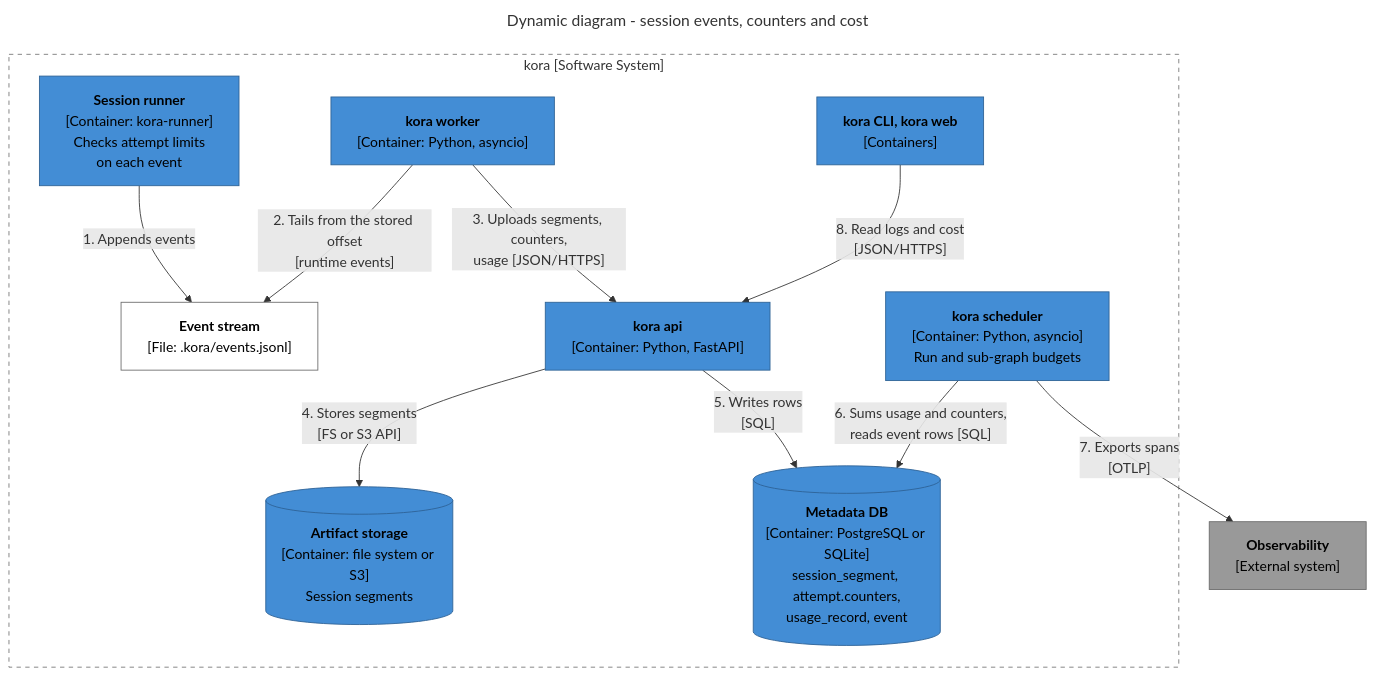
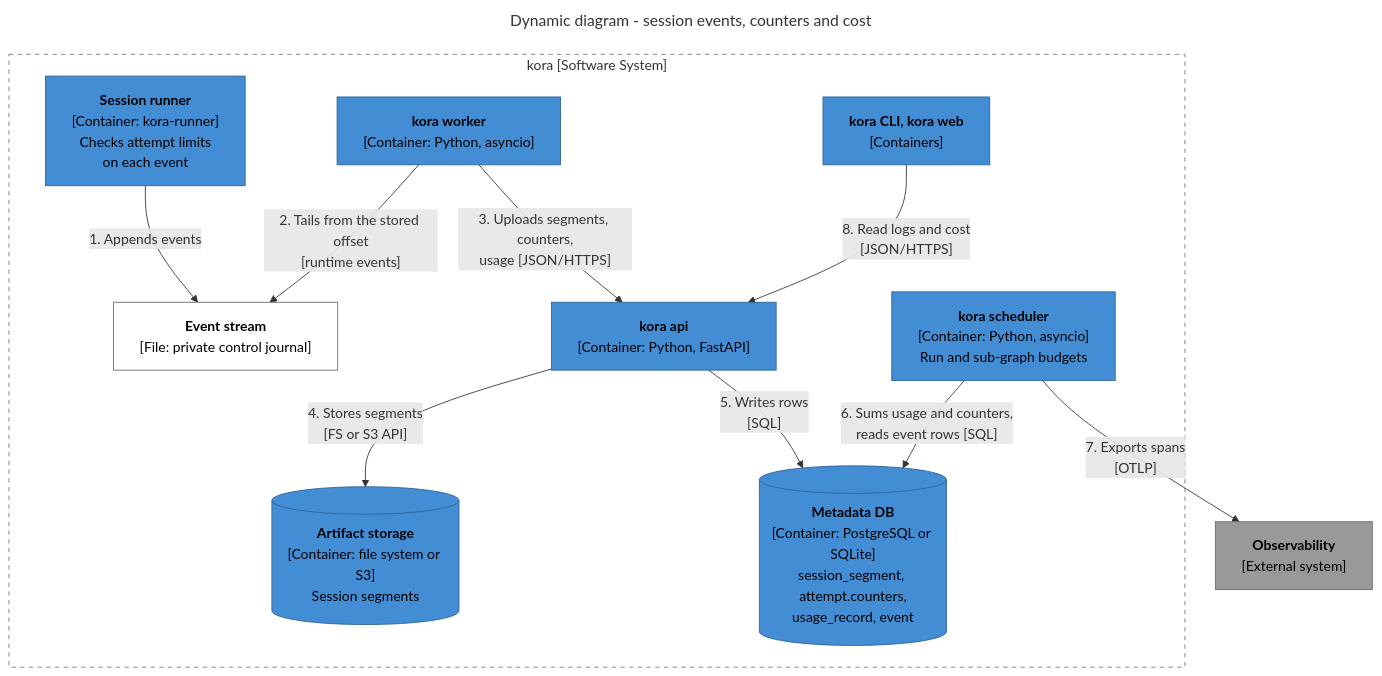
Diagram 18 of 24 in knowledge/architecture/internals.md (klukashka/kora), drawn with Mermaid before and after one commit. The commit also changed other lines of this file and 23 other files, not shown here.

````diff
--- a/knowledge/architecture/internals.md
+++ b/knowledge/architecture/internals.md
@@ -995,34 +1004,34 @@
 ```mermaid
 ---
 title: Dynamic diagram - session events, counters and cost
 ---
 flowchart TB
   accTitle: Dynamic diagram of session events, counters and cost
   accDescr: One, the session runner appends events to the event file and checks the attempt's limits on each. Two, the worker tails the file from the stored offset. Three, it uploads segments, counters and usage to kora api. Four, the API stores segment payloads in artifact storage. Five, it writes segment indexes, counters, usage records and event rows to the Metadata DB. Six, the scheduler sums usage and counters for run and sub-graph budgets and reads event rows. Seven, it exports spans. Eight, the CLI and the console read logs and cost through the API.
   classDef container fill:#438DD5,stroke:#2E6295,color:#000000
   classDef ext fill:#999999,stroke:#6B6B6B,color:#000000
   classDef file fill:#FFFFFF,stroke:#6B6B6B,color:#000000
 
   subgraph kora ["kora [Software System]"]
     runner["<b>Session runner</b><br/>[Container: kora-runner]<br/>Checks attempt limits<br/>on each event"]:::container
-    file["<b>Event stream</b><br/>[File: .kora/events.jsonl]"]:::file
+    file["<b>Event stream</b><br/>[File: private control journal]"]:::file
     worker["<b>kora worker</b><br/>[Container: Python, asyncio]"]:::container
     api["<b>kora api</b><br/>[Container: Python, FastAPI]"]:::container
     db[("<b>Metadata DB</b><br/>[Container: PostgreSQL or SQLite]<br/>session_segment, attempt.counters,<br/>usage_record, event")]:::container
     blobs[("<b>Artifact storage</b><br/>[Container: file system or S3]<br/>Session segments")]:::container
     sched["<b>kora scheduler</b><br/>[Container: Python, asyncio]<br/>Run and sub-graph budgets"]:::container
     clients["<b>kora CLI, kora web</b><br/>[Containers]"]:::container
   end
   obs["<b>Observability</b><br/>[External system]"]:::ext
 
   runner -->|"1. Appends events"| file
   worker -->|"2. Tails from the stored offset<br/>[runtime events]"| file
   worker -->|"3. Uploads segments, counters,<br/>usage [JSON/HTTPS]"| api
   api -->|"4. Stores segments<br/>[FS or S3 API]"| blobs
   api -->|"5. Writes rows<br/>[SQL]"| db
   sched -->|"6. Sums usage and counters,<br/>reads event rows [SQL]"| db
   sched -->|"7. Exports spans<br/>[OTLP]"| obs
   clients -->|"8. Read logs and cost<br/>[JSON/HTTPS]"| api
 
   style kora fill:none,stroke:#767676,stroke-dasharray:5 5
 ```
````
